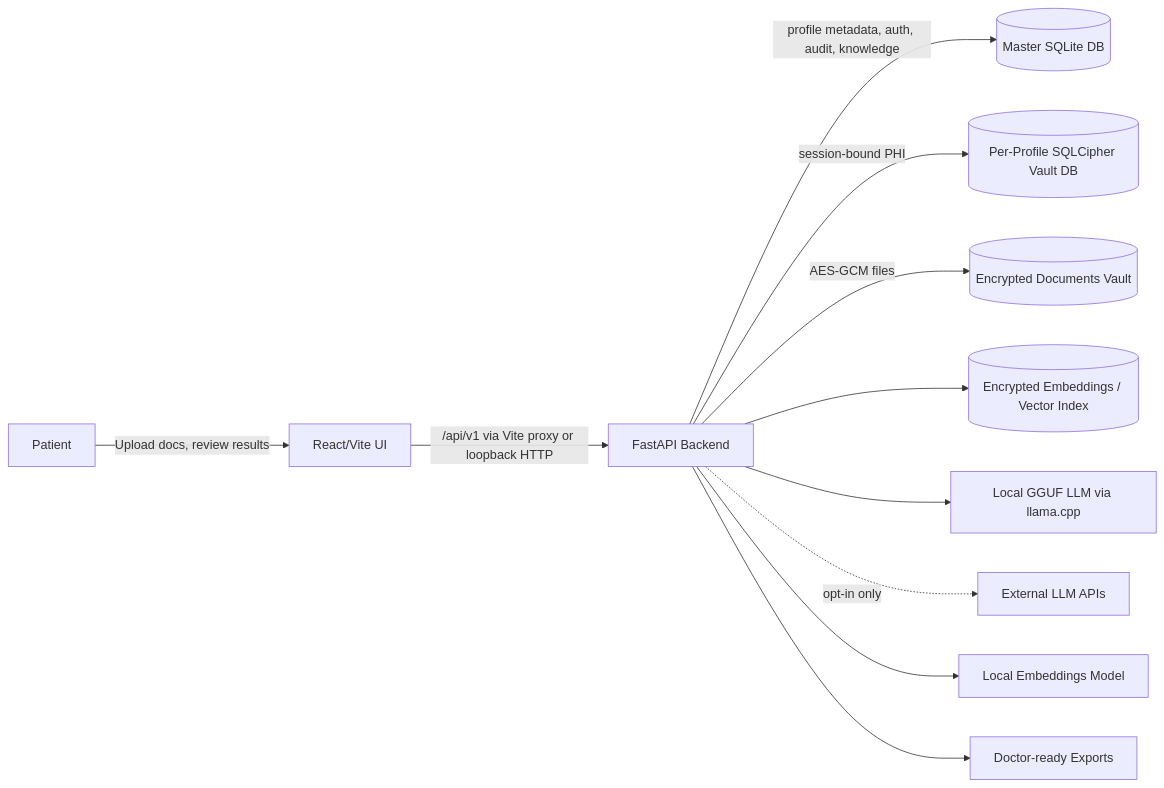
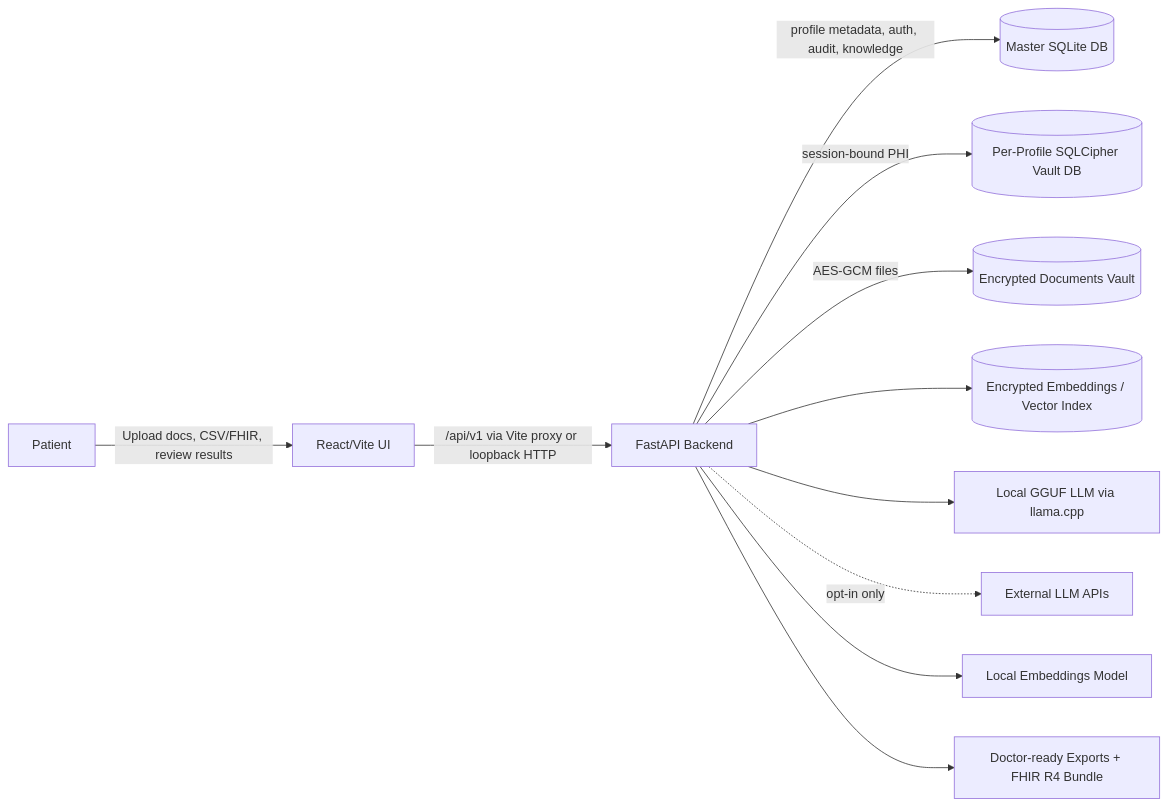
One commit to BrooklynD23/HealthCentral changed the first of 4 diagrams in README.md. Above: the diagram before and after it, drawn with Mermaid. The commit also changed other lines of this file and 5 other files, not shown here.

First line of the commit message:
docs: bring API/architecture/feature docs up to date with Phases D & E

````diff
--- a/README.md
+++ b/README.md
@@ -61,13 +61,13 @@
 ```mermaid
 flowchart LR
-    User[Patient] -->|Upload docs, review results| UI[React/Vite UI]
+    User[Patient] -->|Upload docs, CSV/FHIR, review results| UI[React/Vite UI]
     UI -->|/api/v1 via Vite proxy or loopback HTTP| API[FastAPI Backend]
     API -->|profile metadata, auth, audit, knowledge| MasterDB[(Master SQLite DB)]
     API -->|session-bound PHI| ProfileDB[(Per-Profile SQLCipher Vault DB)]
     API -->|AES-GCM files| Vault[(Encrypted Documents Vault)]
     API --> Vector[(Encrypted Embeddings / Vector Index)]
     API --> LLM[Local GGUF LLM via llama.cpp]
     API -. opt-in only .-> External[External LLM APIs]
     API --> Embeddings[Local Embeddings Model]
-    API --> Export[Doctor-ready Exports]
+    API --> Export[Doctor-ready Exports + FHIR R4 Bundle]
 ```
````
